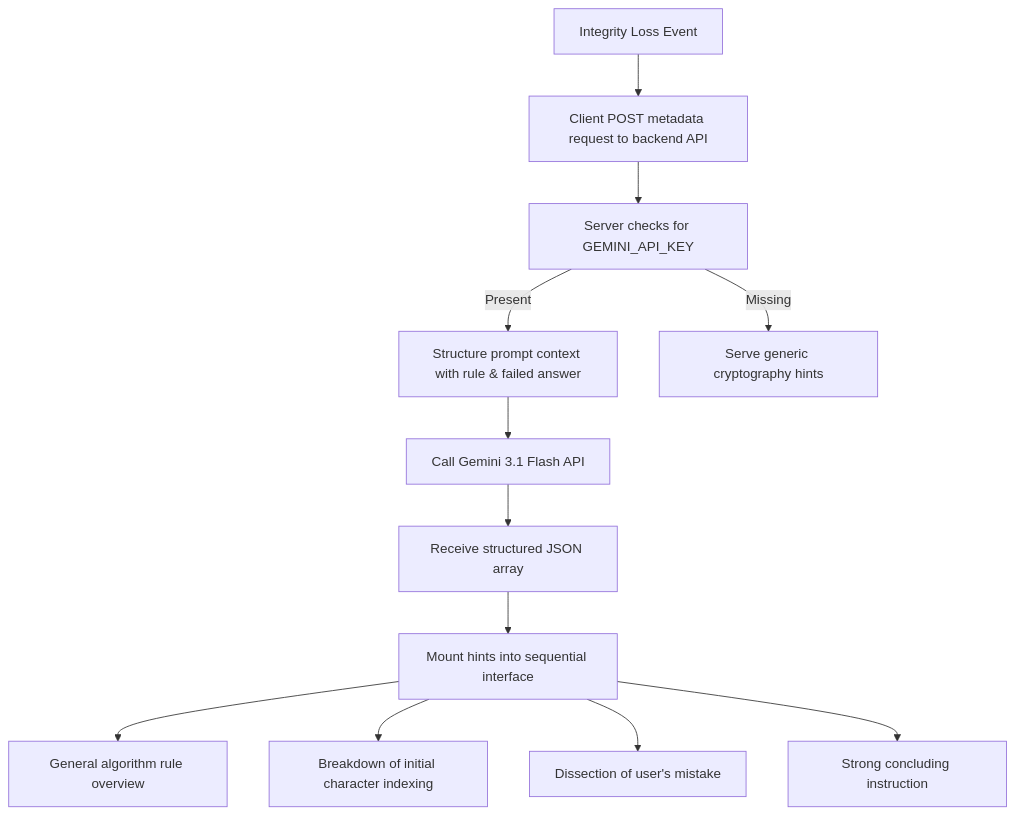
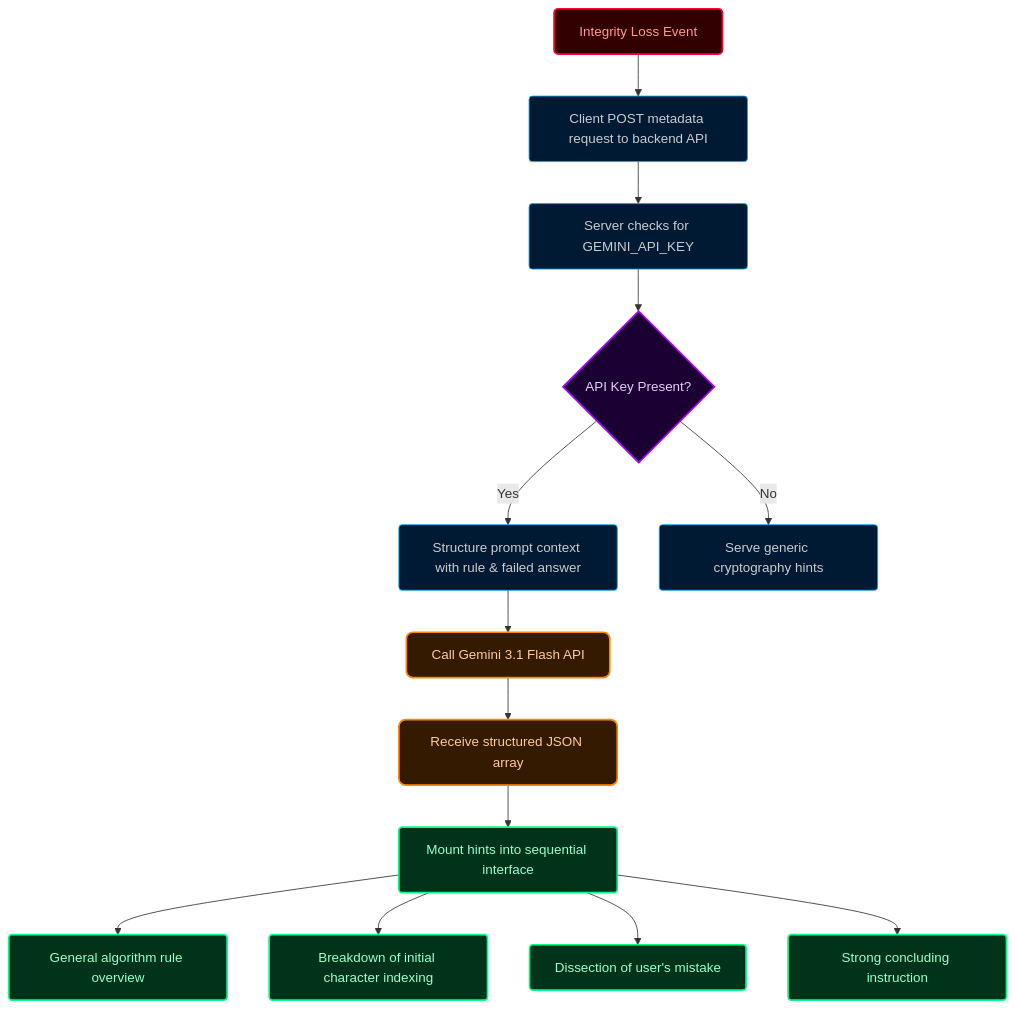
The fourth of 4 diagrams in README.md (Ziyankhan2106/cipher-quest-v3), drawn with Mermaid before and after one commit. The commit also changed other lines of this file and 4 other files, not shown here.

````diff
--- a/README.md
+++ b/README.md
@@ -196,16 +220,24 @@
 ```mermaid
 graph TD
-    Trigger[Integrity Loss Event] --> Req[Client POST metadata request to backend API]
-    Req --> ServerEnv[Server checks for GEMINI_API_KEY]
-    ServerEnv -- Present --> BuildPrompt[Structure prompt context with rule & failed answer]
-    ServerEnv -- Missing --> Fallback[Serve generic cryptography hints]
+    %% Cyberpunk Theme Styling
+    classDef triggerNode fill:#330000,stroke:#ff003c,stroke-width:2px,color:#ff9999,rx:5px,ry:5px;
+    classDef processNode fill:#001a33,stroke:#00aaff,stroke-width:1px,color:#ccc,rx:4px,ry:4px;
+    classDef decisionNode fill:#1a0033,stroke:#b200ff,stroke-width:2px,color:#e6ccff;
+    classDef aiNode fill:#331a00,stroke:#ff8800,stroke-width:2px,color:#ffcc99,rx:8px,ry:8px;
+    classDef clientNode fill:#00331a,stroke:#00ff88,stroke-width:2px,color:#99ffcc,rx:4px,ry:4px;
+
+    Trigger[Integrity Loss Event]:::triggerNode --> Req[Client POST metadata request to backend API]:::processNode
+    Req --> ServerEnv[Server checks for GEMINI_API_KEY]:::processNode
+    ServerEnv --> HasKey{API Key Present?}:::decisionNode
+    HasKey -- Yes --> BuildPrompt[Structure prompt context with rule & failed answer]:::processNode
+    HasKey -- No --> Fallback[Serve generic cryptography hints]:::processNode
     
-    BuildPrompt --> GeminiAPI[Call Gemini 3.1 Flash API]
-    GeminiAPI --> ValidateJSON[Receive structured JSON array]
-    ValidateJSON --> RenderClient[Mount hints into sequential interface]
+    BuildPrompt --> GeminiAPI[Call Gemini 3.1 Flash API]:::aiNode
+    GeminiAPI --> ValidateJSON[Receive structured JSON array]:::aiNode
+    ValidateJSON --> RenderClient[Mount hints into sequential interface]:::clientNode
     
-    RenderClient --> Tip1[General algorithm rule overview]
-    RenderClient --> Tip2[Breakdown of initial character indexing]
-    RenderClient --> Tip3[Dissection of user's mistake]
-    RenderClient --> Tip4[Strong concluding instruction]
+    RenderClient --> Tip1[General algorithm rule overview]:::clientNode
+    RenderClient --> Tip2[Breakdown of initial character indexing]:::clientNode
+    RenderClient --> Tip3[Dissection of user's mistake]:::clientNode
+    RenderClient --> Tip4[Strong concluding instruction]:::clientNode
 ```
````
